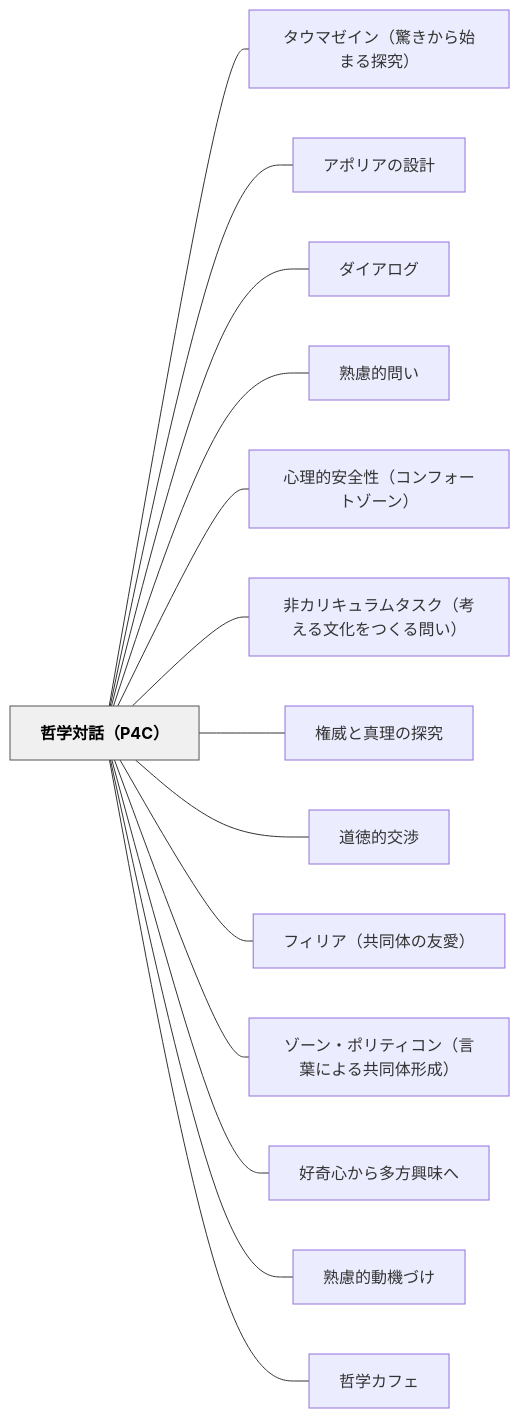
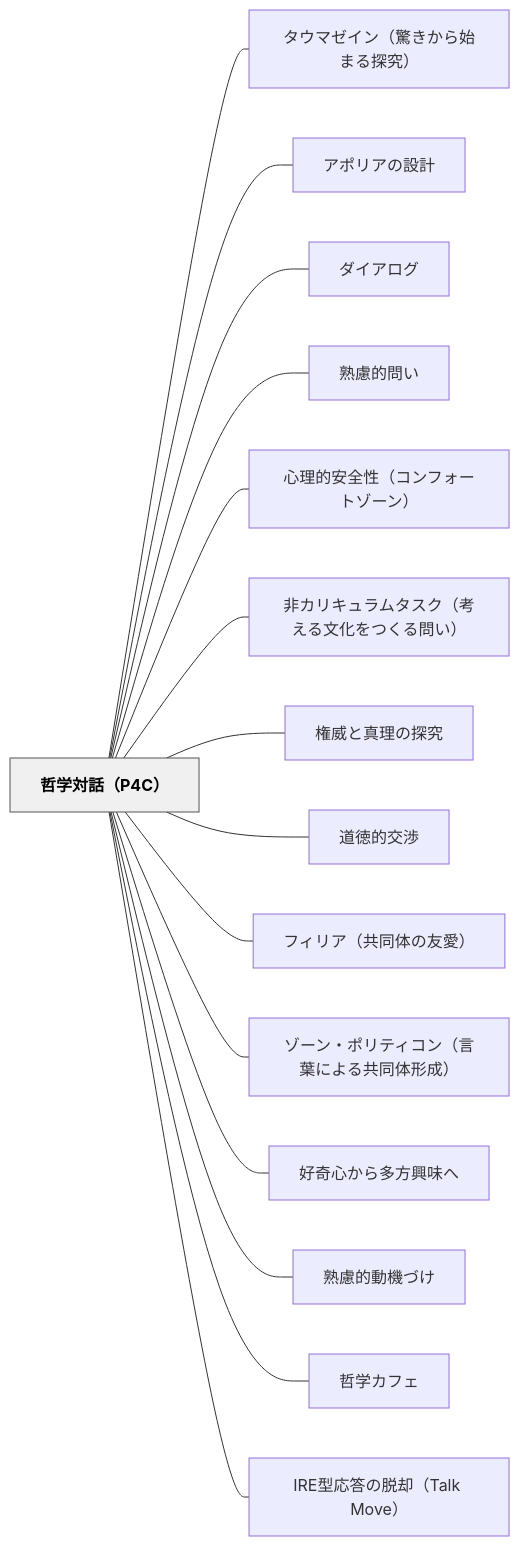
The diagram in content/パタン/哲学対話（P4C）.md (unknownthings-ed-patterns/unknownthings-ed-patterns), drawn with Mermaid before and after one commit. The commit also changed other lines of this file and 1 other file, not shown here.

Commit message:
auto: Obsidianから同期 2026-06-13 03:38

````diff
--- a/content/パタン/哲学対話（P4C）.md
+++ b/content/パタン/哲学対話（P4C）.md
@@ -215,34 +216,36 @@
 ```mermaid
 flowchart LR
     ne593b2e5ada6e5afbee8a9b1efbc88503443efbc89["哲学対話（P4C）"]
     ne382bfe382a6e3839ee382bce382a4e383b3efbc88e9a99ae3818de3818be38289e5a78be381bee3828be68ea2e7a9b6efbc89["タウマゼイン（驚きから始まる探究）"]
     ne382a2e3839de383aae382a2e381aee8a8ade8a888["アポリアの設計"]
     ne38380e382a4e382a2e383ade382b0["ダイアログ"]
     ne7869fe685aee79a84e5958fe38184["熟慮的問い"]
     ne5bf83e79086e79a84e5ae89e585a8e680a7efbc88e382b3e383b3e38395e382a9e383bce38388e382bee383bce383b3efbc89["心理的安全性（コンフォートゾーン）"]
     ne99d9ee382abe383aae382ade383a5e383a9e383a0e382bfe382b9e382afefbc88e88083e38188e3828be69687e58c96e38292e381a4e3818fe3828be5958fe38184efbc89["非カリキュラムタスク（考える文化をつくる問い）"]
     ne6a8a9e5a881e381a8e79c9fe79086e381aee68ea2e7a9b6["権威と真理の探究"]
     ne98193e5beb3e79a84e4baa4e6b889["道徳的交渉"]
     ne38395e382a3e383aae382a2efbc88e585b1e5908ce4bd93e381aee58f8be6849befbc89["フィリア（共同体の友愛）"]
     ne382bee383bce383b3e383bbe3839de383aae38386e382a3e382b3e383b3efbc88e8a880e89189e381abe38288e3828be585b1e5908ce4bd93e5bda2e68890efbc89["ゾーン・ポリティコン（言葉による共同体形成）"]
     ne5a5bde5a587e5bf83e3818be38289e5a49ae696b9e88888e591b3e381b8["好奇心から多方興味へ"]
     ne7869fe685aee79a84e58b95e6a99fe381a5e38191["熟慮的動機づけ"]
     ne593b2e5ada6e382abe38395e382a7["哲学カフェ"]
+    n495245e59e8be5bf9ce7ad94e381aee884b1e58db4efbc8854616c6b204d6f7665efbc89["IRE型応答の脱却（Talk Move）"]
 
     ne593b2e5ada6e5afbee8a9b1efbc88503443efbc89 --- ne382bfe382a6e3839ee382bce382a4e383b3efbc88e9a99ae3818de3818be38289e5a78be381bee3828be68ea2e7a9b6efbc89
     ne593b2e5ada6e5afbee8a9b1efbc88503443efbc89 --- ne382a2e3839de383aae382a2e381aee8a8ade8a888
     ne593b2e5ada6e5afbee8a9b1efbc88503443efbc89 --- ne38380e382a4e382a2e383ade382b0
     ne593b2e5ada6e5afbee8a9b1efbc88503443efbc89 --- ne7869fe685aee79a84e5958fe38184
     ne593b2e5ada6e5afbee8a9b1efbc88503443efbc89 --- ne5bf83e79086e79a84e5ae89e585a8e680a7efbc88e382b3e383b3e38395e382a9e383bce38388e382bee383bce383b3efbc89
     ne593b2e5ada6e5afbee8a9b1efbc88503443efbc89 --- ne99d9ee382abe383aae382ade383a5e383a9e383a0e382bfe382b9e382afefbc88e88083e38188e3828be69687e58c96e38292e381a4e3818fe3828be5958fe38184efbc89
     ne593b2e5ada6e5afbee8a9b1efbc88503443efbc89 --- ne6a8a9e5a881e381a8e79c9fe79086e381aee68ea2e7a9b6
     ne593b2e5ada6e5afbee8a9b1efbc88503443efbc89 --- ne98193e5beb3e79a84e4baa4e6b889
     ne593b2e5ada6e5afbee8a9b1efbc88503443efbc89 --- ne38395e382a3e383aae382a2efbc88e585b1e5908ce4bd93e381aee58f8be6849befbc89
     ne593b2e5ada6e5afbee8a9b1efbc88503443efbc89 --- ne382bee383bce383b3e383bbe3839de383aae38386e382a3e382b3e383b3efbc88e8a880e89189e381abe38288e3828be585b1e5908ce4bd93e5bda2e68890efbc89
     ne593b2e5ada6e5afbee8a9b1efbc88503443efbc89 --- ne5a5bde5a587e5bf83e3818be38289e5a49ae696b9e88888e591b3e381b8
     ne593b2e5ada6e5afbee8a9b1efbc88503443efbc89 --- ne7869fe685aee79a84e58b95e6a99fe381a5e38191
     ne593b2e5ada6e5afbee8a9b1efbc88503443efbc89 --- ne593b2e5ada6e382abe38395e382a7
+    ne593b2e5ada6e5afbee8a9b1efbc88503443efbc89 --- n495245e59e8be5bf9ce7ad94e381aee884b1e58db4efbc8854616c6b204d6f7665efbc89
 
     classDef hub fill:#f0f0f0,stroke:#555,color:#000,font-weight:bold
     class ne593b2e5ada6e5afbee8a9b1efbc88503443efbc89 hub
 ```
````
